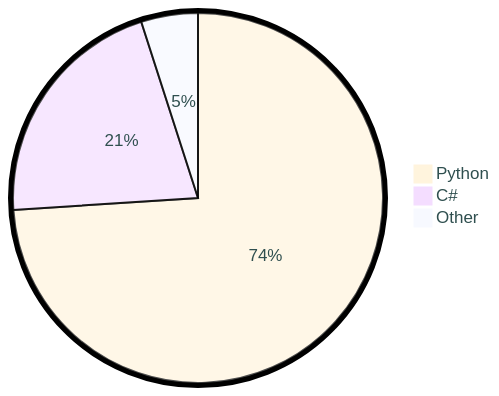
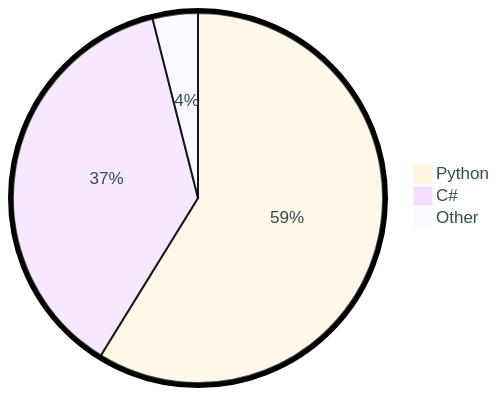
Before and after one commit to tot0p/tot0p: the diagram in README.md, drawn with Mermaid. The commit also changed other lines of this file, not shown here.

````diff
--- a/README.md
+++ b/README.md
@@ -76,7 +76,7 @@
 ```mermaid
 %%{init: {"pie": {"textPosition": 0.5}, "themeVariables": {"pieOuterStrokeWidth": "5px","primaryTextColor" : "#2F4F4F"},"theme":"base"} }%%
 pie
-	"Python": 73.97
-	"C#": 21.06
-	"Other": 4.959999999999999
+	"Python": 58.8
+	"C#": 37.25
+	"Other": 3.9500000000000006
 ```
````
